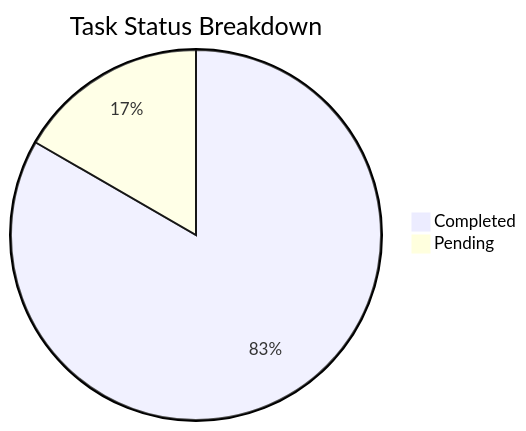
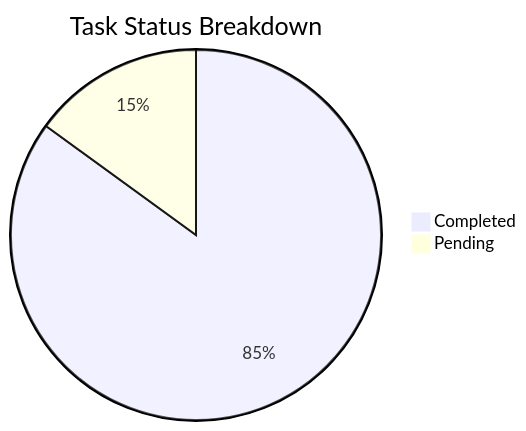
Before and after one commit to sagarms97/MyWorkDairy: the first of 2 diagrams in KUD/Analytics.md, drawn with Mermaid. The commit also changed other lines of this file and 14 other files, not shown here.

````diff
--- a/KUD/Analytics.md
+++ b/KUD/Analytics.md
@@ -12,5 +12,5 @@
 ```mermaid
 pie title Task Status Breakdown
-    "Completed" : 15
+    "Completed" : 17
     "Pending" : 3
 ```
````
